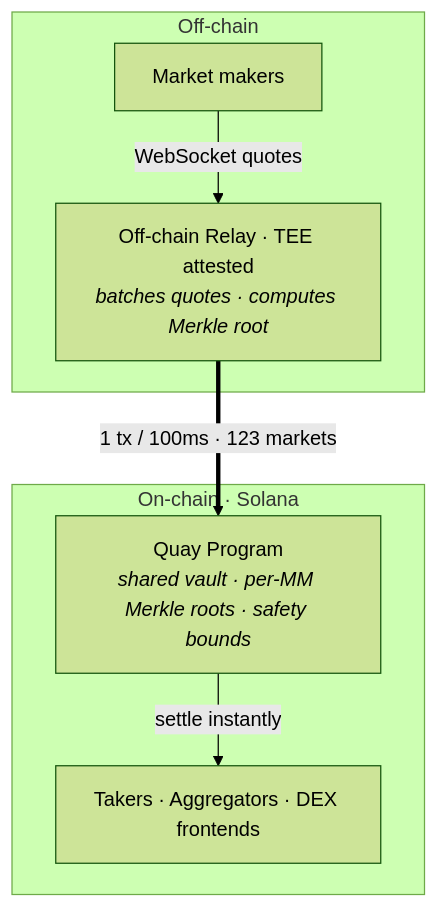
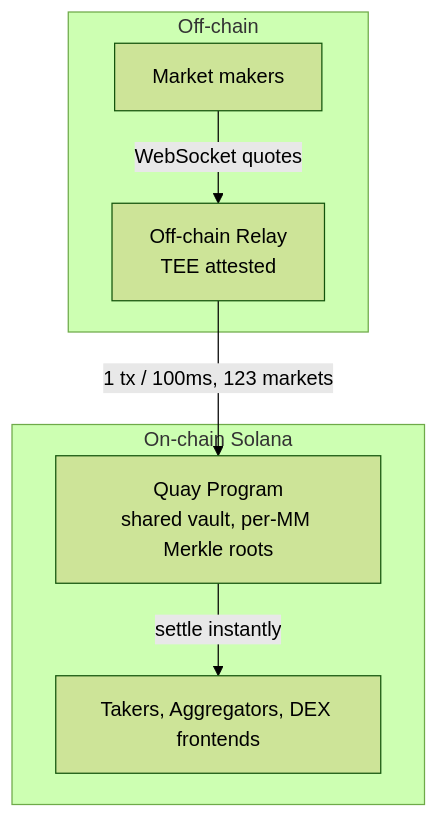
The diagram in profile/README.md (Quay-Markets/.github), drawn with Mermaid (forest theme) before and after one commit.

Commit message:
Simplify Mermaid syntax for proper rendering

````diff
--- a/profile/README.md
+++ b/profile/README.md
@@ -36,16 +36,16 @@
 ```mermaid
 flowchart TD
-    subgraph off [" Off-chain "]
-        MM["Market makers"]
-        Relay["Off-chain Relay · TEE attested<br/><i>batches quotes · computes Merkle root</i>"]
-        MM -->|"WebSocket quotes"| Relay
+    subgraph OFFCHAIN [Off-chain]
+        MM[Market makers]
+        Relay[Off-chain Relay<br/>TEE attested]
+        MM -- WebSocket quotes --> Relay
     end
 
-    subgraph on [" On-chain · Solana "]
-        Program["Quay Program<br/><i>shared vault · per-MM Merkle roots · safety bounds</i>"]
-        Consumers["Takers · Aggregators · DEX frontends"]
-        Program -->|"settle instantly"| Consumers
+    subgraph ONCHAIN [On-chain Solana]
+        Program[Quay Program<br/>shared vault, per-MM Merkle roots]
+        Consumers[Takers, Aggregators, DEX frontends]
+        Program -- settle instantly --> Consumers
     end
 
-    Relay ==>|"1 tx / 100ms · 123 markets"| Program
+    Relay -- 1 tx / 100ms, 123 markets --> Program
 ```
````
